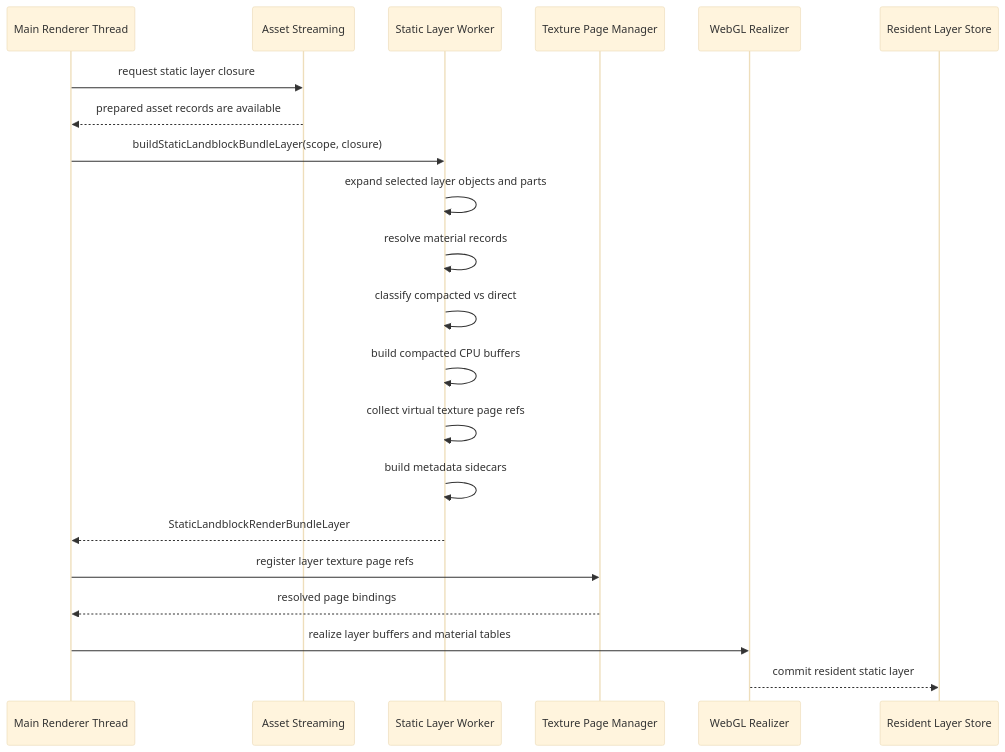
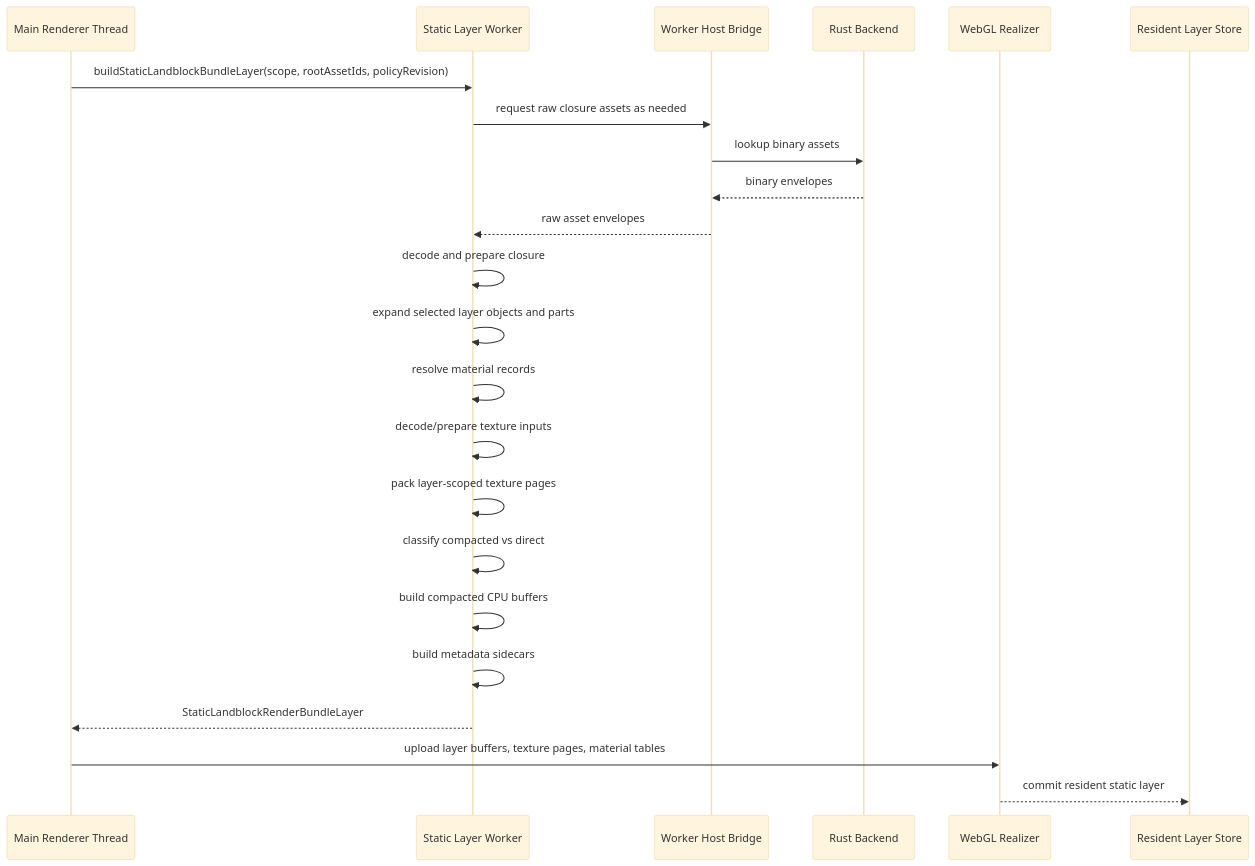
The seventh of 9 diagrams in docs/plans/holtburger-3d-static-landblock-render-bundle-replacement-plan.md (merklejerk/holtburger), drawn with Mermaid (base theme) before and after one commit. The commit also changed other lines of this file and 4 other files, not shown here.

````diff
--- a/docs/plans/holtburger-3d-static-landblock-render-bundle-replacement-plan.md
+++ b/docs/plans/holtburger-3d-static-landblock-render-bundle-replacement-plan.md
@@ -432,24 +563,26 @@
 ```mermaid
 sequenceDiagram
     participant Main as Main Renderer Thread
-    participant Stream as Asset Streaming
     participant Worker as Static Layer Worker
-    participant Texture as Texture Page Manager
+    participant Bridge as Worker Host Bridge
+    participant Rust as Rust Backend
     participant GL as WebGL Realizer
     participant Store as Resident Layer Store
 
-    Main->>Stream: request static layer closure
-    Stream-->>Main: prepared asset records are available
-    Main->>Worker: buildStaticLandblockBundleLayer(scope, closure)
+    Main->>Worker: buildStaticLandblockBundleLayer(scope, rootAssetIds, policyRevision)
+    Worker->>Bridge: request raw closure assets as needed
+    Bridge->>Rust: lookup binary assets
+    Rust-->>Bridge: binary envelopes
+    Bridge-->>Worker: raw asset envelopes
+    Worker->>Worker: decode and prepare closure
     Worker->>Worker: expand selected layer objects and parts
     Worker->>Worker: resolve material records
+    Worker->>Worker: decode/prepare texture inputs
+    Worker->>Worker: pack layer-scoped texture pages
     Worker->>Worker: classify compacted vs direct
     Worker->>Worker: build compacted CPU buffers
-    Worker->>Worker: collect virtual texture page refs
     Worker->>Worker: build metadata sidecars
     Worker-->>Main: StaticLandblockRenderBundleLayer
-    Main->>Texture: register layer texture page refs
-    Texture-->>Main: resolved page bindings
-    Main->>GL: realize layer buffers and material tables
+    Main->>GL: upload layer buffers, texture pages, material tables
     GL-->>Store: commit resident static layer
 ```
````
